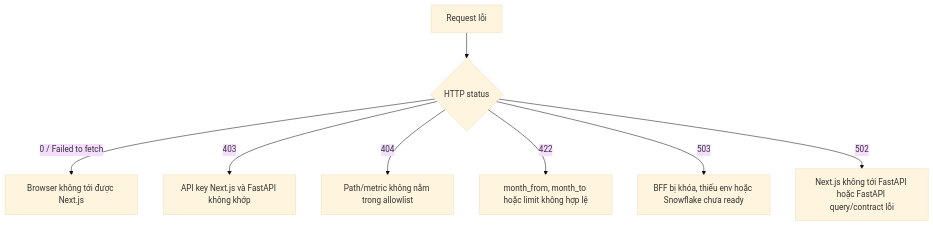
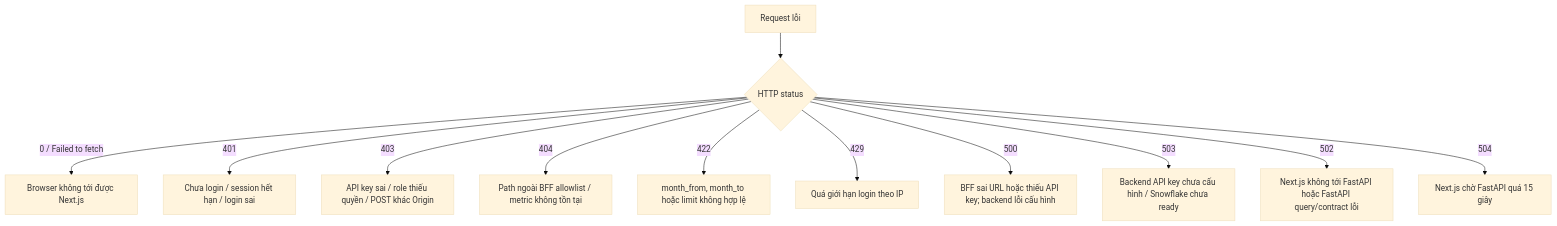
One commit to vothanhphu9x-pixel/superstore_ecommerce changed the third of 4 diagrams in docs/frontend/error_tracing.md. Above: the diagram before and after it, drawn with Mermaid (base theme). The commit also changed other lines of this file and 64 other files, not shown here.

````diff
--- a/docs/frontend/error_tracing.md
+++ b/docs/frontend/error_tracing.md
@@ -48,10 +50,14 @@
 ```mermaid
 flowchart TD
     E[Request lỗi] --> S{HTTP status}
     S -->|0 / Failed to fetch| C[Browser không tới được Next.js]
-    S -->|403| A[API key Next.js và FastAPI không khớp]
-    S -->|404| P[Path/metric không nằm trong allowlist]
+    S -->|401| L[Chưa login / session hết hạn / login sai]
+    S -->|403| A[API key sai / role thiếu quyền / POST khác Origin]
+    S -->|404| P[Path ngoài BFF allowlist / metric không tồn tại]
     S -->|422| V[month_from, month_to hoặc limit không hợp lệ]
-    S -->|503| G[BFF bị khóa, thiếu env hoặc Snowflake chưa ready]
+    S -->|429| R[Quá giới hạn login theo IP]
+    S -->|500| G[BFF sai URL hoặc thiếu API key; backend lỗi cấu hình]
+    S -->|503| D[Backend API key chưa cấu hình / Snowflake chưa ready]
     S -->|502| B[Next.js không tới FastAPI hoặc FastAPI query/contract lỗi]
+    S -->|504| T[Next.js chờ FastAPI quá 15 giây]
 ```
````
